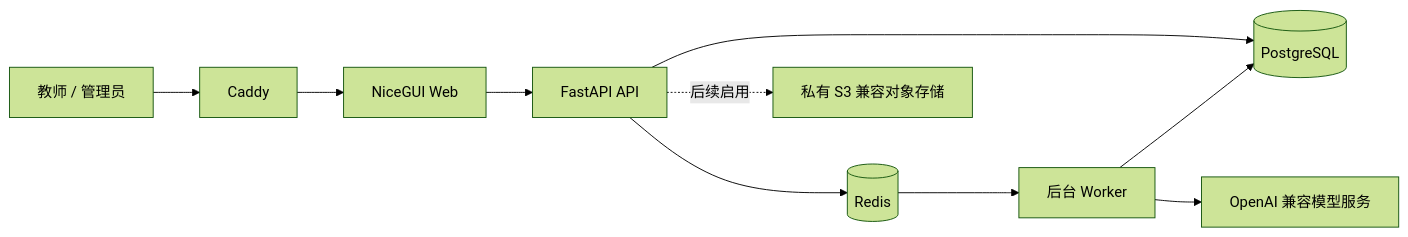
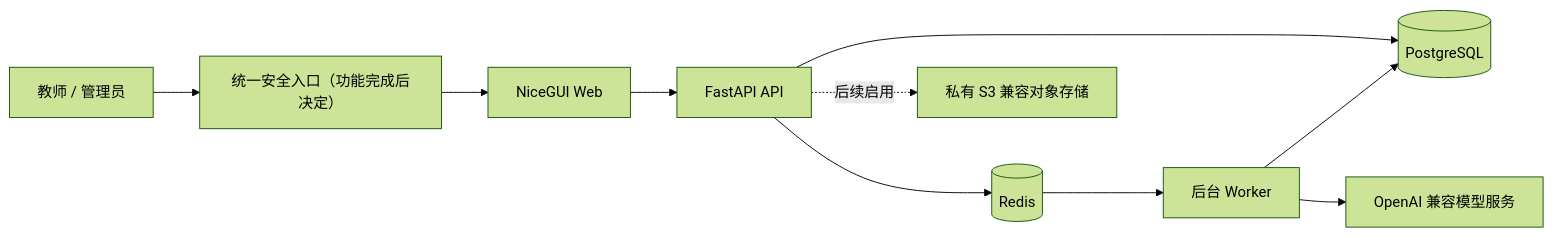
One commit to ywyz/child-manager changed the diagram in README.md. Above: the diagram before and after it, drawn with Mermaid (forest theme). The commit also changed other lines of this file and 52 other files, not shown here.

````diff
--- a/README.md
+++ b/README.md
@@ -34,12 +32,12 @@
 ```mermaid
 flowchart LR
-    U[教师 / 管理员] --> RP[Caddy]
+    U[教师 / 管理员] --> RP[统一安全入口（功能完成后决定）]
     RP --> WEB[NiceGUI Web]
     WEB --> API[FastAPI API]
     API --> DB[(PostgreSQL)]
     API --> REDIS[(Redis)]
     REDIS --> WORKER[后台 Worker]
     WORKER --> AI[OpenAI 兼容模型服务]
     WORKER --> DB
     API -. 后续启用 .-> OBJ[私有 S3 兼容对象存储]
 ```
````
